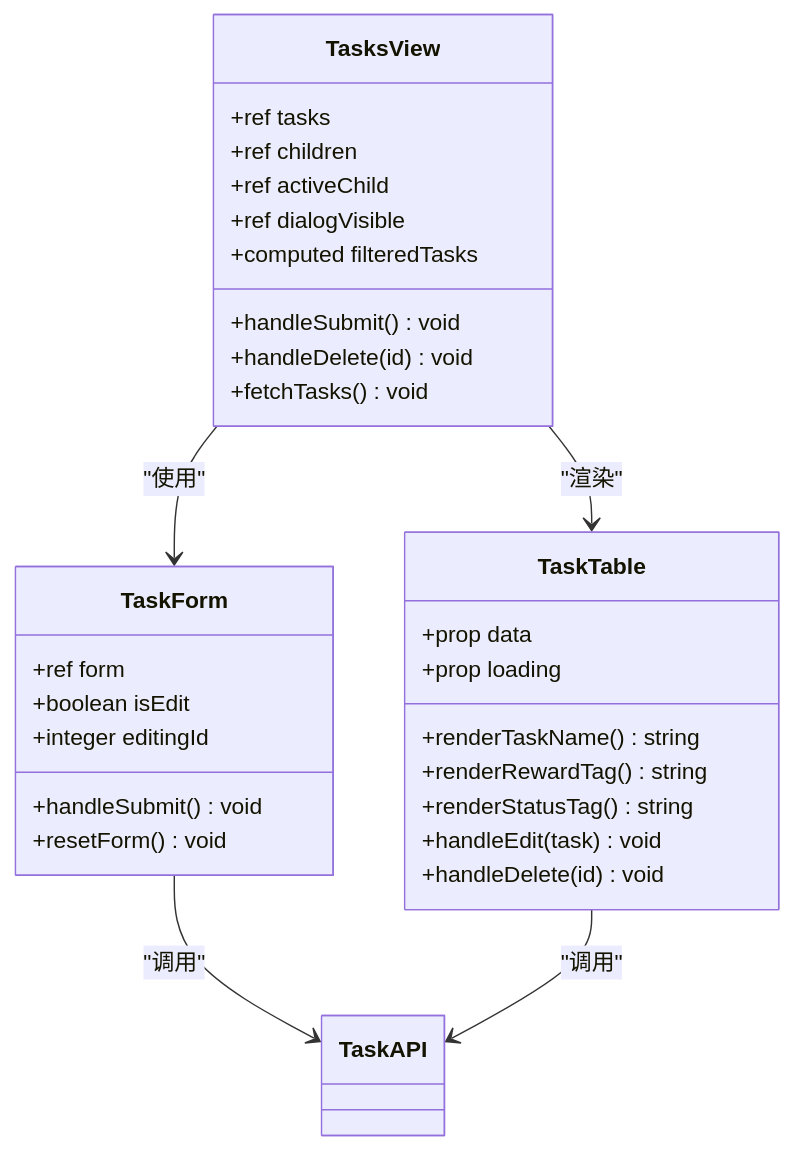
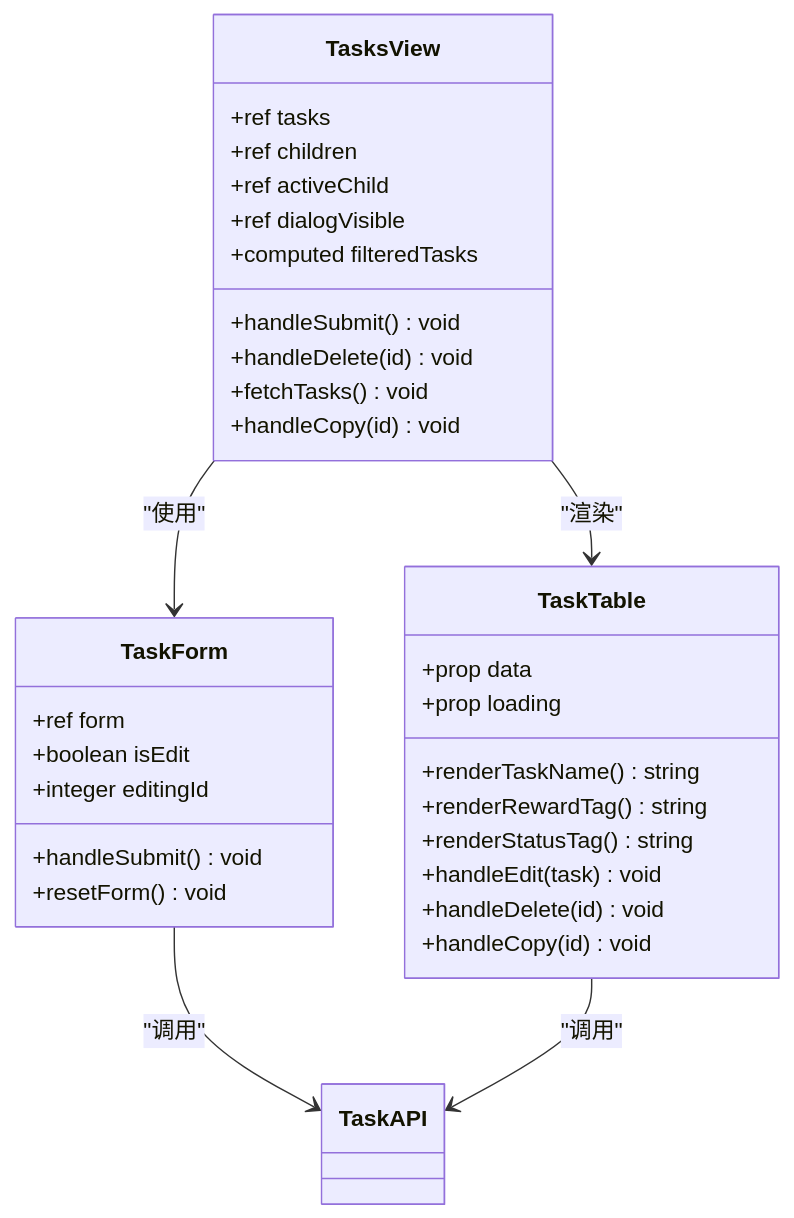
One commit to dawny123123/StarParadise changed the seventh of 9 diagrams in .qoder/repowiki/zh/content/核心功能模块/任务管理系统.md. Above: the diagram before and after it, drawn with Mermaid. The commit also changed other lines of this file and 102 other files, not shown here.

````diff
--- a/.qoder/repowiki/zh/content/核心功能模块/任务管理系统.md
+++ b/.qoder/repowiki/zh/content/核心功能模块/任务管理系统.md
@@ -364,33 +386,35 @@
 ```mermaid
 classDiagram
 class TasksView {
 +ref tasks
 +ref children
 +ref activeChild
 +ref dialogVisible
 +computed filteredTasks
 +handleSubmit() void
 +handleDelete(id) void
 +fetchTasks() void
++handleCopy(id) void
 }
 class TaskForm {
 +ref form
 +boolean isEdit
 +integer editingId
 +handleSubmit() void
 +resetForm() void
 }
 class TaskTable {
 +prop data
 +prop loading
 +renderTaskName() string
 +renderRewardTag() string
 +renderStatusTag() string
 +handleEdit(task) void
 +handleDelete(id) void
++handleCopy(id) void
 }
 TasksView --> TaskForm : "使用"
 TasksView --> TaskTable : "渲染"
 TaskForm --> TaskAPI : "调用"
 TaskTable --> TaskAPI : "调用"
 ```
````
